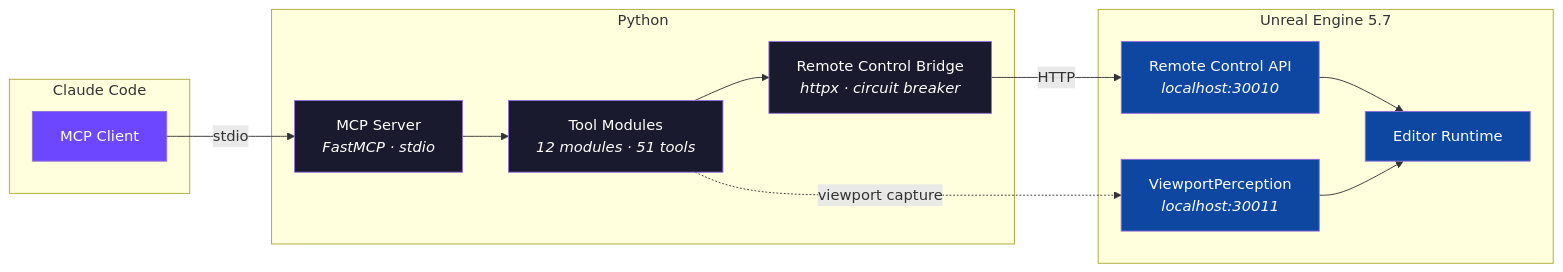
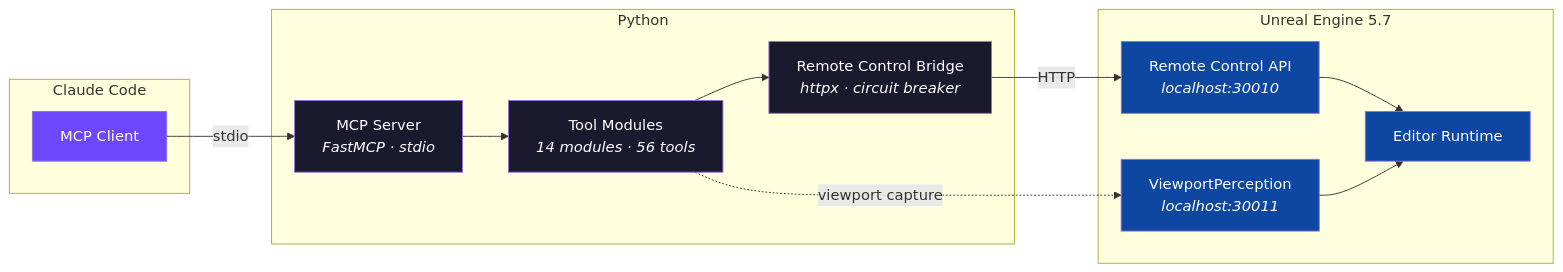
The first of 2 diagrams in README.md (JosephOIbrahim/UnrealEngine_Bridge), drawn with Mermaid before and after one commit. The commit also changed other lines of this file, not shown here.

First line of the commit message:
docs(readme): reflect current status — 56 tools / 14 modules / 415 tests (#2)

````diff
--- a/README.md
+++ b/README.md
@@ -11,31 +11,31 @@
 ```mermaid
 graph LR
     subgraph Claude Code
         A[MCP Client]
     end
 
     subgraph Python
         B[MCP Server<br/><i>FastMCP · stdio</i>]
-        B --> C[Tool Modules<br/><i>12 modules · 51 tools</i>]
+        B --> C[Tool Modules<br/><i>14 modules · 56 tools</i>]
         C --> D[Remote Control Bridge<br/><i>httpx · circuit breaker</i>]
     end
 
     subgraph Unreal Engine 5.7
         E[Remote Control API<br/><i>localhost:30010</i>]
         E --> F[Editor Runtime]
         G[ViewportPerception<br/><i>localhost:30011</i>]
         G --> F
     end
 
     A -- stdio --> B
     D -- HTTP --> E
     C -. viewport capture .-> G
 
     style A fill:#6C47FF,color:#fff
     style B fill:#1a1a2e,color:#fff
     style C fill:#1a1a2e,color:#fff
     style D fill:#1a1a2e,color:#fff
     style E fill:#0d47a1,color:#fff
     style F fill:#0d47a1,color:#fff
     style G fill:#0d47a1,color:#fff
 ```
````
